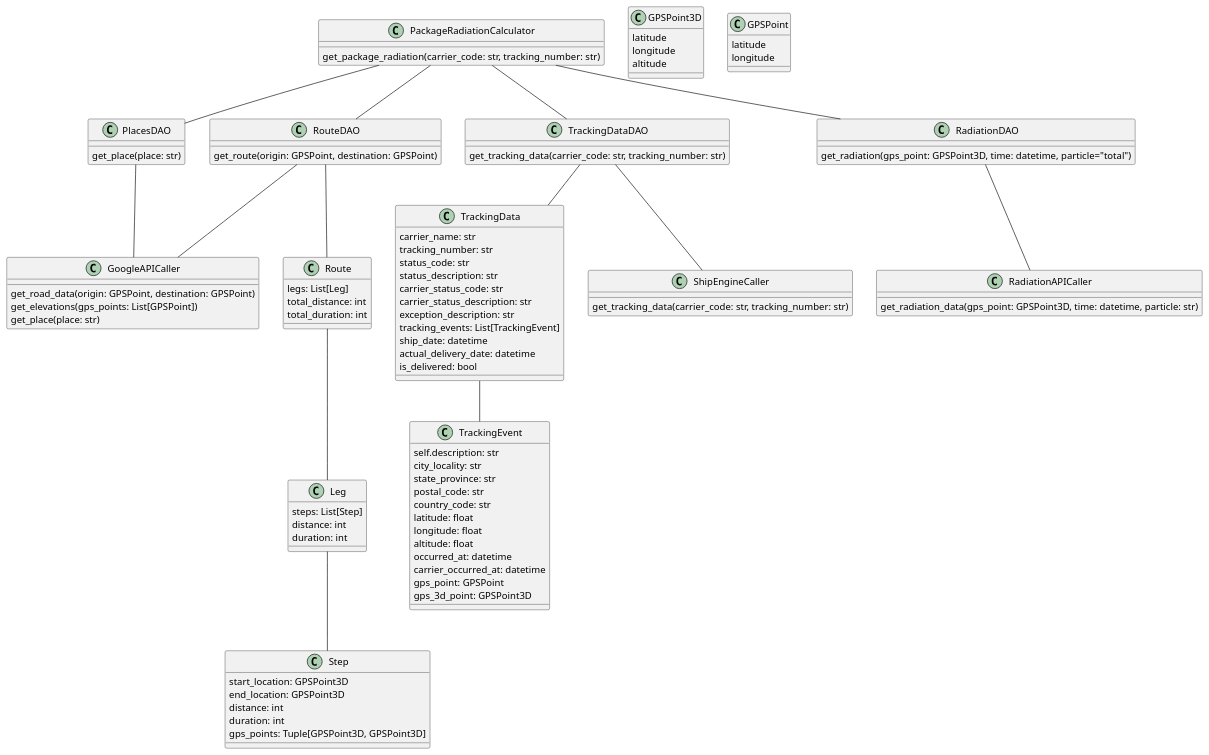
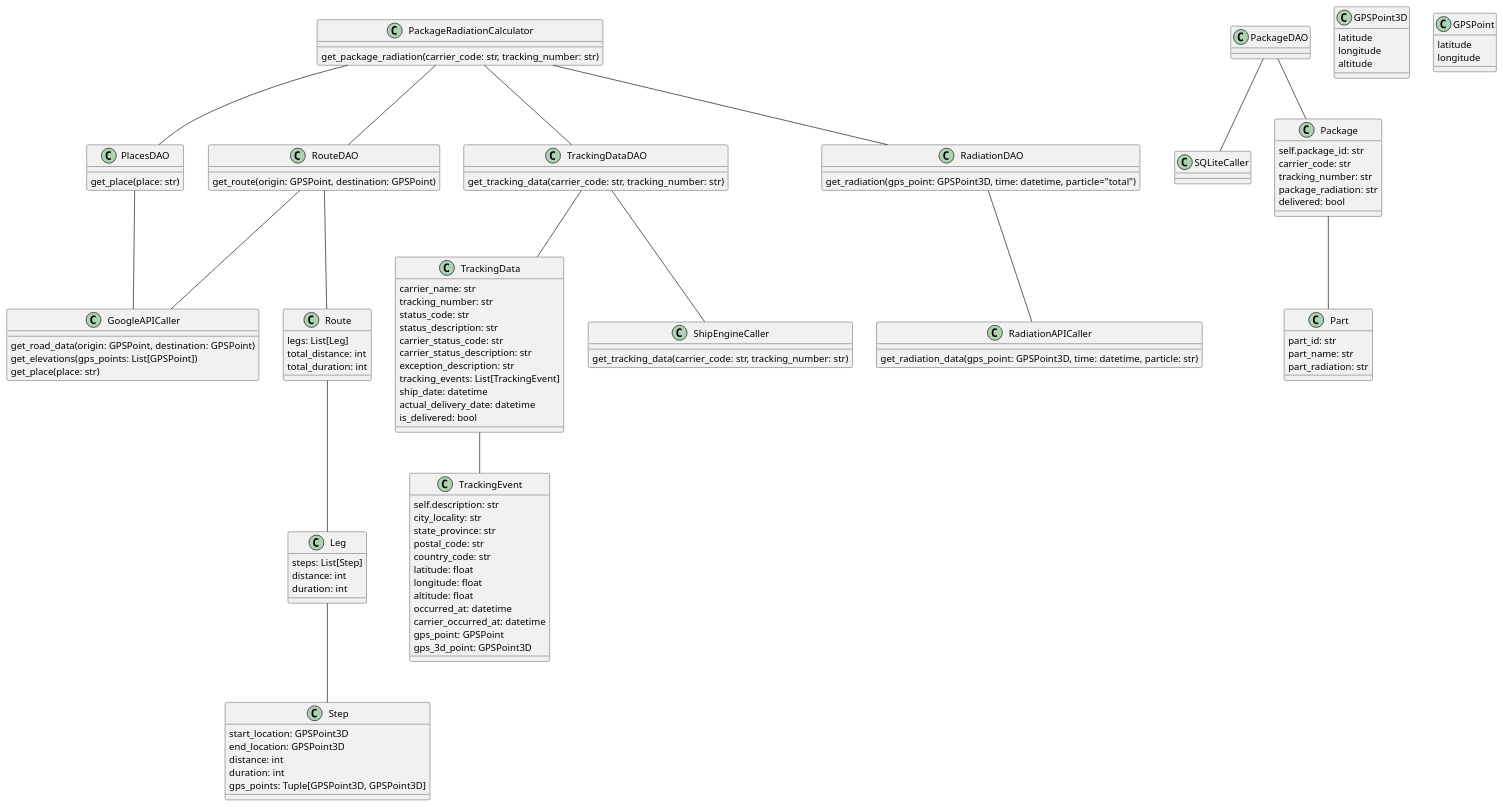
Before and after one commit to hunterthe100/RadiationTrackingSD: the diagram in documentation/class_diagram.puml, drawn with PlantUML.

Commit message:
Updated class diagram to include PackageDAO

```diff
--- a/documentation/class_diagram.puml
+++ b/documentation/class_diagram.puml
@@ -1,111 +1,137 @@
 @startuml
 
 class PackageRadiationCalculator {
     get_package_radiation(carrier_code: str, tracking_number: str)
 }
 
 class RouteDAO {
    get_route(origin: GPSPoint, destination: GPSPoint)
 }
 
 class PlacesDAO {
     get_place(place: str)
 }
 
 class GoogleAPICaller {
     get_road_data(origin: GPSPoint, destination: GPSPoint)
     get_elevations(gps_points: List[GPSPoint])
     get_place(place: str)
 }
 
 class Route {
     legs: List[Leg]
     total_distance: int
     total_duration: int
 }
 
 class Leg {
     steps: List[Step]
     distance: int
     duration: int
 }
 
 class Step {
     start_location: GPSPoint3D
     end_location: GPSPoint3D
     distance: int
     duration: int
     gps_points: Tuple[GPSPoint3D, GPSPoint3D]
 }
 
 class TrackingDataDAO {
     get_tracking_data(carrier_code: str, tracking_number: str)
 }
 
 class TrackingData {
     carrier_name: str
     tracking_number: str
     status_code: str
     status_description: str
     carrier_status_code: str
     carrier_status_description: str
     exception_description: str
     tracking_events: List[TrackingEvent]
     ship_date: datetime
     actual_delivery_date: datetime
     is_delivered: bool
 }
 
 class TrackingEvent {
     self.description: str
     city_locality: str
     state_province: str
     postal_code: str
     country_code: str
     latitude: float
     longitude: float
     altitude: float
     occurred_at: datetime
     carrier_occurred_at: datetime
     gps_point: GPSPoint
     gps_3d_point: GPSPoint3D
 }
 
 class ShipEngineCaller {
     get_tracking_data(carrier_code: str, tracking_number: str)
 }
 
 class RadiationDAO {
     get_radiation(gps_point: GPSPoint3D, time: datetime, particle="total")
 }
 
 class RadiationAPICaller {
     get_radiation_data(gps_point: GPSPoint3D, time: datetime, particle: str)
 }
 
+class PackageDAO {
+
+}
+
+class SQLiteCaller {
+
+}
+
+class Package {
+    self.package_id: str
+    carrier_code: str
+    tracking_number: str
+    package_radiation: str
+    delivered: bool
+}
+
+class Part {
+    part_id: str
+    part_name: str
+    part_radiation: str
+}
+
 class GPSPoint3D {
     latitude
     longitude
     altitude
 }
 
 class GPSPoint {
     latitude
     longitude
 }
 
 PackageRadiationCalculator -down- RouteDAO
 RouteDAO -down- GoogleAPICaller
 RouteDAO -down- Route
 Route -down- Leg
 Leg -down- Step
 PackageRadiationCalculator -down- PlacesDAO
 PlacesDAO -down- GoogleAPICaller
 PackageRadiationCalculator -down- TrackingDataDAO
 TrackingDataDAO -down- ShipEngineCaller
 TrackingDataDAO -down- TrackingData
 TrackingData -down- TrackingEvent
 PackageRadiationCalculator -down- RadiationDAO
 RadiationDAO -down- RadiationAPICaller
+PackageDAO -down- SQLiteCaller
+PackageDAO -down- Package
+Package -down- Part
+
 
 @enduml
```
